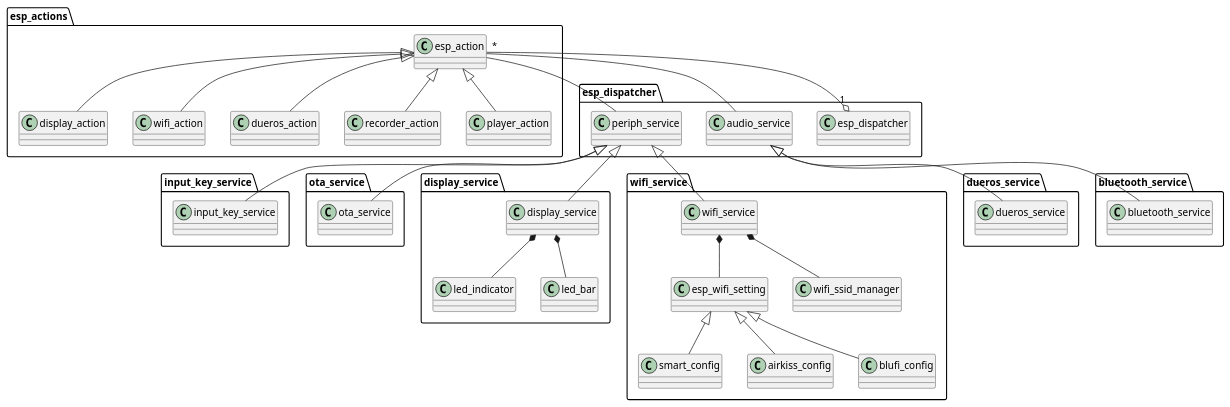
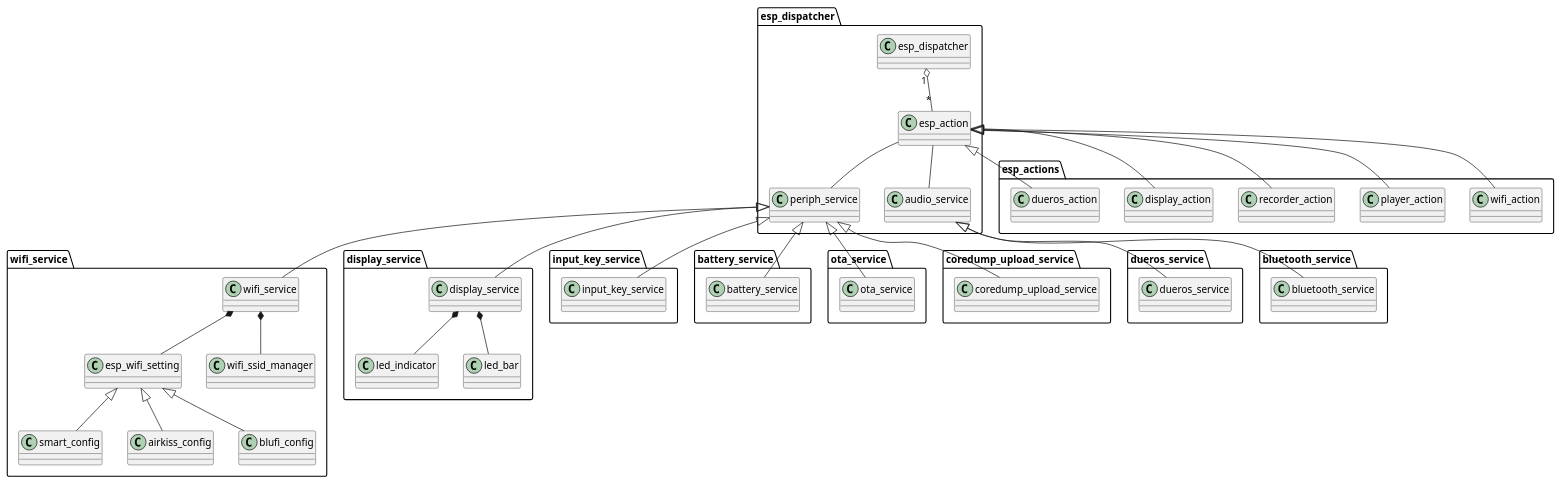
One commit to liangzhu2008/learn-esp-adf changed the diagram in docs/inside-dispatcher/dispatcher_overview.rst. Above: the diagram before and after it, drawn with PlantUML. The commit also changed other lines of this file and 7 other files, not shown here.

Commit message:
加入动作 esp_actions

```diff
--- a/docs/inside-dispatcher/dispatcher_overview.rst
+++ b/docs/inside-dispatcher/dispatcher_overview.rst
@@ -42,45 +42,54 @@
 .. uml::
-
-  package esp_actions {
-    esp_action <|-- display_action
-    esp_action <|-- wifi_action
-    esp_action <|-- dueros_action
-    esp_action <|-- recorder_action
-    esp_action <|-- player_action
-  }
 
   package esp_dispatcher {
     esp_dispatcher "1" o-- "*" esp_action
     esp_action -- periph_service
     esp_action -- audio_service
   }
 
-  package dueros_service {
-    audio_service <|-- dueros_service
-  }
-  package bluetooth_service {
-    audio_service <|-- bluetooth_service
-  }
-
-  package input_key_service {
-    periph_service <|-- input_key_service
-  }
-  
-  package ota_service {
-    periph_service <|-- ota_service
-  }
-
-  package display_service {
-    periph_service <|-- display_service
-    display_service *-- led_indicator
-    display_service *-- led_bar
+  package esp_actions {
+    esp_action <|-- wifi_action
+    esp_action <|-- player_action
+    esp_action <|-- recorder_action
+    esp_action <|-- display_action
+    esp_action <|-- dueros_action
   }
 
   package wifi_service {
     periph_service <|-- wifi_service
     wifi_service *-- esp_wifi_setting
     wifi_service *-- wifi_ssid_manager
     esp_wifi_setting <|-- smart_config
     esp_wifi_setting <|-- airkiss_config
     esp_wifi_setting <|-- blufi_config
   }
+
+  package display_service {
+    periph_service <|-- display_service
+    display_service *-- led_indicator
+    display_service *-- led_bar
+  }
+
+  package input_key_service {
+    periph_service <|-- input_key_service
+  }
+
+  package battery_service {
+    periph_service <|-- battery_service
+  }
+  
+  package ota_service {
+    periph_service <|-- ota_service
+  }
+  
+  package coredump_upload_service {
+    periph_service <|-- coredump_upload_service
+  }
+
+  package dueros_service {
+    audio_service <|-- dueros_service
+  }
+
+  package bluetooth_service {
+    audio_service <|-- bluetooth_service
+  }
```
